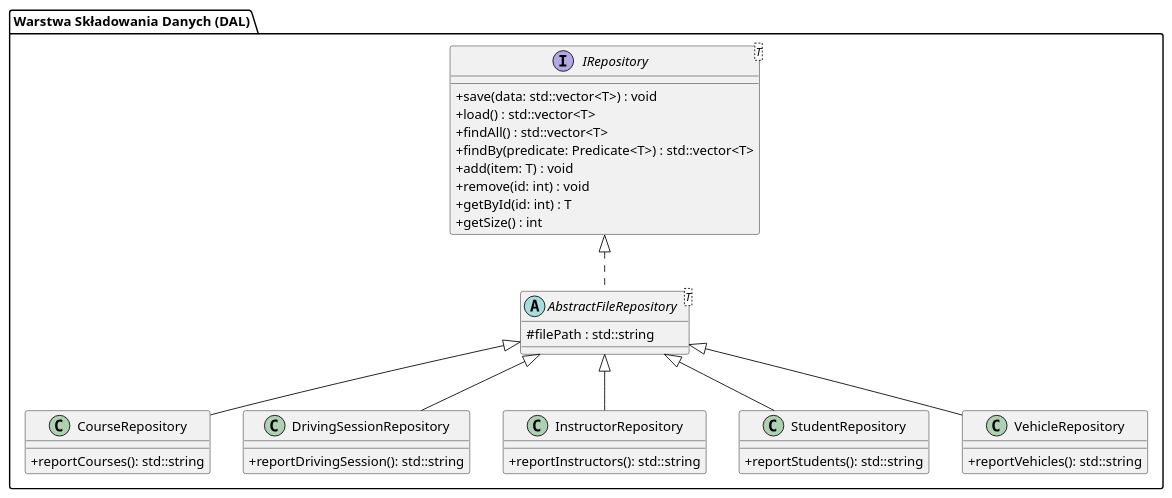
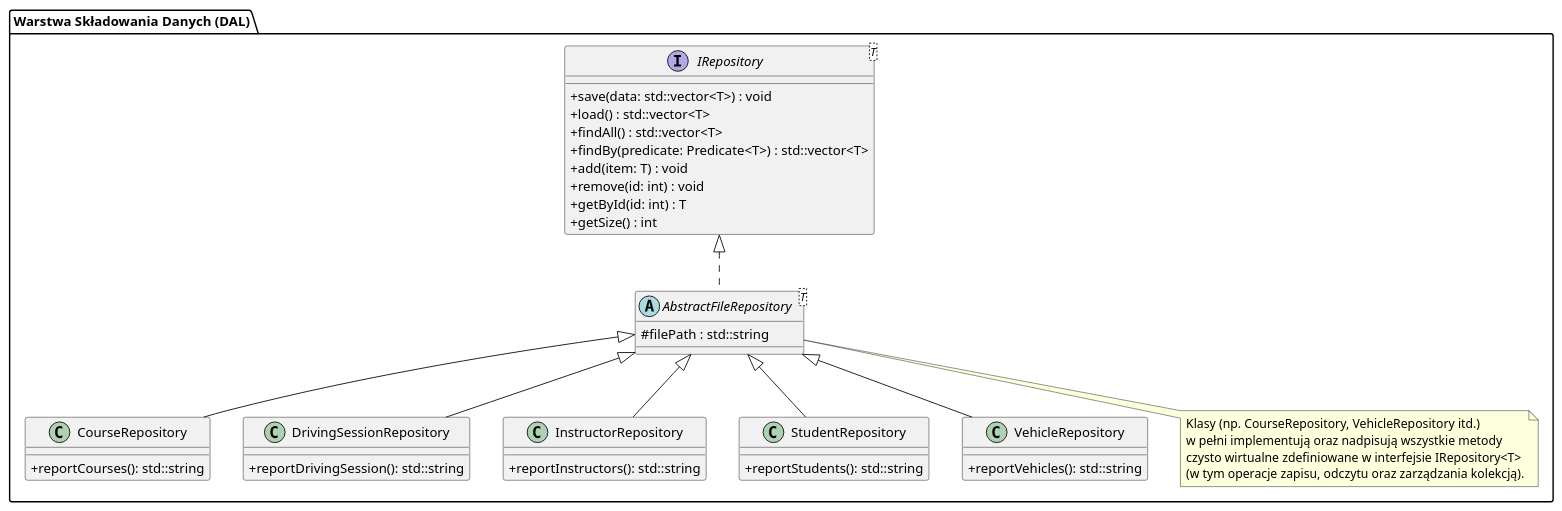
One commit to j-muszynski/Centrum-Szkoleniowe-POBI changed the diagram in uml/model/repositories.puml. Above: the diagram before and after it, drawn with PlantUML. The commit also changed 1 other file, not shown here.

```diff
--- a/uml/model/repositories.puml
+++ b/uml/model/repositories.puml
@@ -1,51 +1,52 @@
 @startuml
 skinparam classAttributeIconSize 0
 
 package "Warstwa Składowania Danych (DAL)" {
 
     interface IRepository<T> {
         + save(data: std::vector<T>) : void
         + load() : std::vector<T>
         + findAll() : std::vector<T>
         + findBy(predicate: Predicate<T>) : std::vector<T>
         + add(item: T) : void
         + remove(id: int) : void
         + getById(id: int) : T
         + getSize() : int
     }
 
     abstract class AbstractFileRepository<T> {
         # filePath : std::string
     }
 
     IRepository <|.. AbstractFileRepository
 
     class CourseRepository {
         + reportCourses(): std::string
     }
 
     class DrivingSessionRepository {
         + reportDrivingSession(): std::string
     }
 
     class InstructorRepository {
         + reportInstructors(): std::string
     }
 
-
     class StudentRepository {
         + reportStudents(): std::string
     }
 
     class VehicleRepository {
         + reportVehicles(): std::string
     }
 
-
     AbstractFileRepository <|-- CourseRepository
     AbstractFileRepository <|-- DrivingSessionRepository
     AbstractFileRepository <|-- InstructorRepository
     AbstractFileRepository <|-- StudentRepository
     AbstractFileRepository <|-- VehicleRepository
+
+    note "Klasy (np. CourseRepository, VehicleRepository itd.)\nw pełni implementują oraz nadpisują wszystkie metody\nczysto wirtualne zdefiniowane w interfejsie IRepository<T>\n(w tym operacje zapisu, odczytu oraz zarządzania kolekcją)." as DAL_Note
+    AbstractFileRepository .. DAL_Note
 }
 @enduml
```
